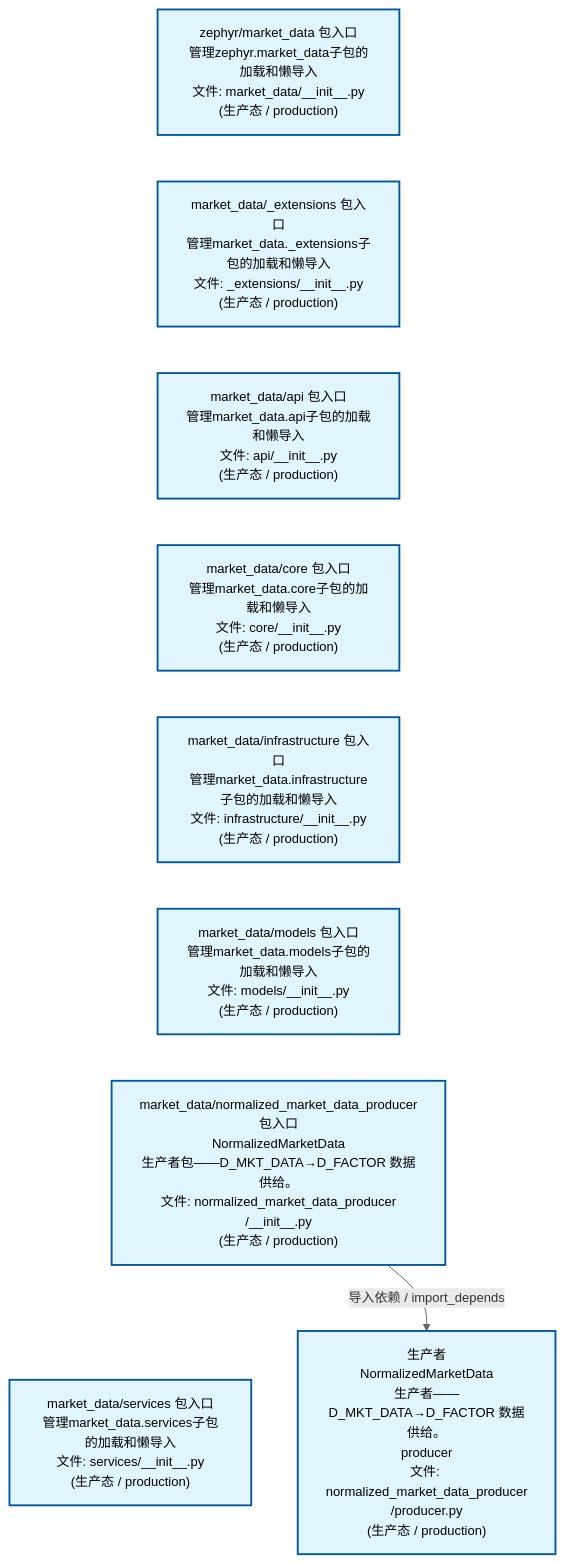
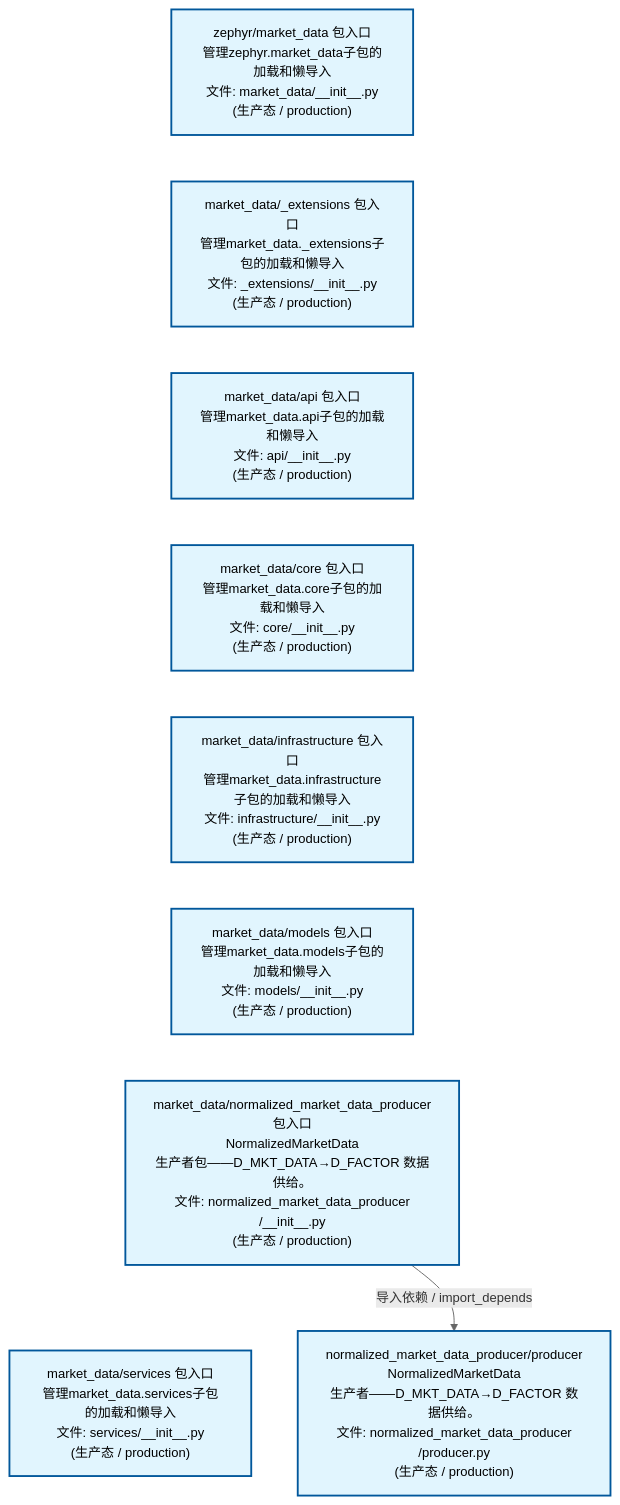
One commit to xuanFelixVan/ZephyrAlpha changed the second of 4 diagrams in docs/02_enterprise_architecture/02_domain_architecture_docs/23_d_mkt_data.md. Above: the diagram before and after it, drawn with Mermaid. The commit also changed other lines of this file and 58 other files, not shown here.

````diff
--- a/docs/02_enterprise_architecture/02_domain_architecture_docs/23_d_mkt_data.md
+++ b/docs/02_enterprise_architecture/02_domain_architecture_docs/23_d_mkt_data.md
@@ -112,26 +112,26 @@
 ```mermaid
 %%{init: {'theme': 'base', 'themeVariables': {'primaryColor': '#eaeaea', 'primaryTextColor': '#333333', 'primaryBorderColor': '#666666', 'lineColor': '#666666', 'secondaryColor': '#eaeaea', 'tertiaryColor': '#eaeaea', 'fontSize': '14px'}}}%%
 flowchart TD
     src_zephyr_market_data_init_py["zephyr/market_data 包入口<br/>管理zephyr.market_data子包的加载和懒导入<br/>文件: market_data/__init__.py<br/>(生产态 / production)"]
     src_zephyr_market_data_extensions_init_py["market_data/_extensions 包入口<br/>管理market_data._extensions子包的加载和懒导入<br/>文件: _extensions/__init__.py<br/>(生产态 / production)"]
     src_zephyr_market_data_api_init_py["market_data/api 包入口<br/>管理market_data.api子包的加载和懒导入<br/>文件: api/__init__.py<br/>(生产态 / production)"]
     src_zephyr_market_data_core_init_py["market_data/core 包入口<br/>管理market_data.core子包的加载和懒导入<br/>文件: core/__init__.py<br/>(生产态 / production)"]
     src_zephyr_market_data_infrastructure_init_py["market_data/infrastructure 包入口<br/>管理market_data.infrastructure子包的加载和懒导入<br/>文件: infrastructure/__init__.py<br/>(生产态 / production)"]
     src_zephyr_market_data_models_init_py["market_data/models 包入口<br/>管理market_data.models子包的加载和懒导入<br/>文件: models/__init__.py<br/>(生产态 / production)"]
     src_zephyr_market_data_normalized_market_data_producer_init_py["market_data/normalized_market_data_producer<br/>包入口<br/>NormalizedMarketData<br/>生产者包——D_MKT_DATA→D_FACTOR 数据供给。<br/>文件: normalized_market_data_producer<br/>/__init__.py<br/>(生产态 / production)"]
     src_zephyr_market_data_services_init_py["market_data/services 包入口<br/>管理market_data.services子包的加载和懒导入<br/>文件: services/__init__.py<br/>(生产态 / production)"]
     src_zephyr_market_data_init_py ~~~ src_zephyr_market_data_extensions_init_py
     src_zephyr_market_data_extensions_init_py ~~~ src_zephyr_market_data_api_init_py
     src_zephyr_market_data_api_init_py ~~~ src_zephyr_market_data_core_init_py
     src_zephyr_market_data_core_init_py ~~~ src_zephyr_market_data_infrastructure_init_py
     src_zephyr_market_data_infrastructure_init_py ~~~ src_zephyr_market_data_models_init_py
     src_zephyr_market_data_models_init_py ~~~ src_zephyr_market_data_normalized_market_data_producer_init_py
     src_zephyr_market_data_normalized_market_data_producer_init_py ~~~ src_zephyr_market_data_services_init_py
-    src_zephyr_market_data_normalized_market_data_producer_producer_py["生产者<br/>NormalizedMarketData<br/>生产者——D_MKT_DATA→D_FACTOR 数据供给。<br/>producer<br/>文件: normalized_market_data_producer<br/>/producer.py<br/>(生产态 / production)"]
+    src_zephyr_market_data_normalized_market_data_producer_producer_py["normalized_market_data_producer/producer<br/>NormalizedMarketData<br/>生产者——D_MKT_DATA→D_FACTOR 数据供给。<br/>文件: normalized_market_data_producer<br/>/producer.py<br/>(生产态 / production)"]
     src_zephyr_market_data_normalized_market_data_producer_init_py -->|导入依赖 / import_depends| src_zephyr_market_data_normalized_market_data_producer_producer_py
     classDef production fill:#e1f5fe,stroke:#01579b,stroke-width:2px,color:#000
     classDef design fill:#fff3e0,stroke:#e65100,stroke-width:2px,color:#000,stroke-dasharray: 5 5
     classDef external_prod fill:#e8f4fd,stroke:#0277bd,stroke-width:1px,color:#000
     classDef external_design fill:#fff8e7,stroke:#ef6c00,stroke-width:1px,color:#000,stroke-dasharray: 5 5
     class src_zephyr_market_data_init_py,src_zephyr_market_data_extensions_init_py,src_zephyr_market_data_api_init_py,src_zephyr_market_data_core_init_py,src_zephyr_market_data_infrastructure_init_py,src_zephyr_market_data_models_init_py,src_zephyr_market_data_normalized_market_data_producer_init_py,src_zephyr_market_data_normalized_market_data_producer_producer_py,src_zephyr_market_data_services_init_py production
 ```
````
